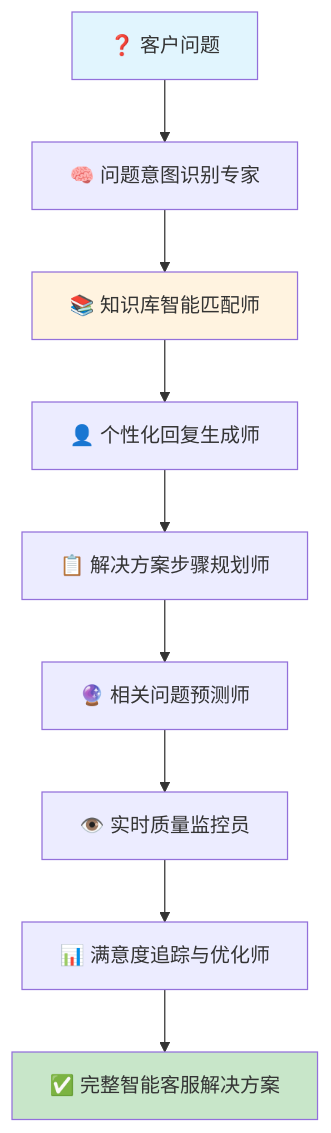
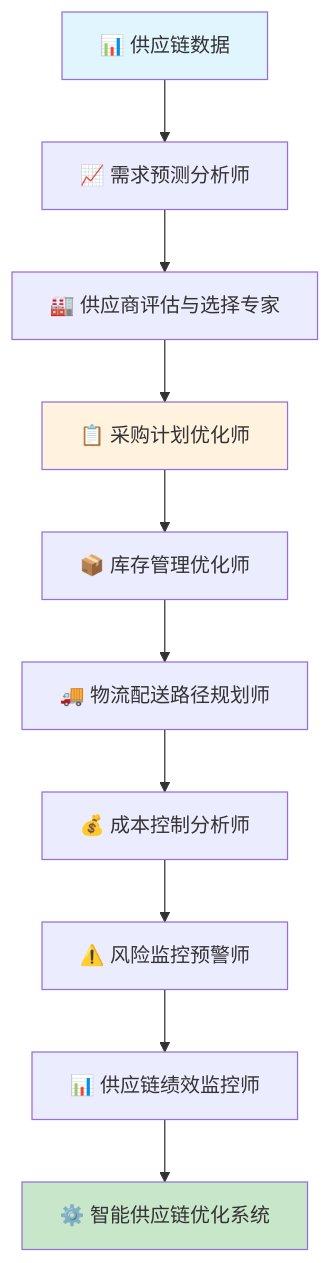
One commit to pftom/refly-use-cases changed the sixth of 21 diagrams in use-cases/detailed-use-cases.md. Above: the diagram before and after it, drawn with Mermaid. The commit also changed other lines of this file and 1 other file, not shown here.

````diff
--- a/use-cases/detailed-use-cases.md
+++ b/use-cases/detailed-use-cases.md
@@ -757,15 +570,16 @@
 ```mermaid
 graph TD
-    A[❓ 客户问题] --> B[🧠 问题意图识别专家]
-    B --> C[📚 知识库智能匹配师]
-    C --> D[👤 个性化回复生成师]
-    D --> E[📋 解决方案步骤规划师]
-    E --> F[🔮 相关问题预测师]
-    F --> G[👁️ 实时质量监控员]
-    G --> H[📊 满意度追踪与优化师]
-    H --> I[✅ 完整智能客服解决方案]
+    A[📊 供应链数据] --> B[📈 需求预测分析师]
+    B --> C[🏭 供应商评估与选择专家]
+    C --> D[📋 采购计划优化师]
+    D --> E[📦 库存管理优化师]
+    E --> F[🚚 物流配送路径规划师]
+    F --> G[💰 成本控制分析师]
+    G --> H[⚠️ 风险监控预警师]
+    H --> I[📊 供应链绩效监控师]
+    I --> J[⚙️ 智能供应链优化系统]
     
     style A fill:#e1f5fe
-    style I fill:#c8e6c9
-    style C fill:#fff3e0
+    style J fill:#c8e6c9
+    style D fill:#fff3e0
 ```
````
